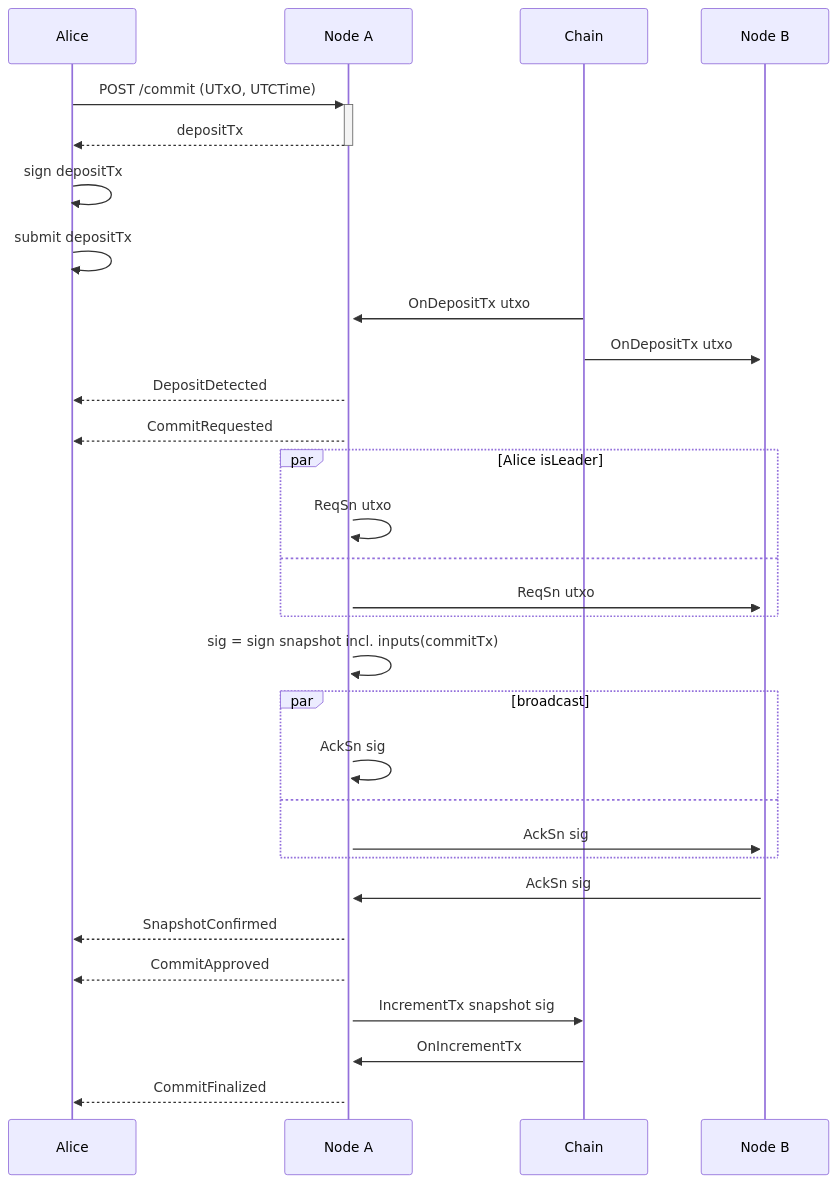
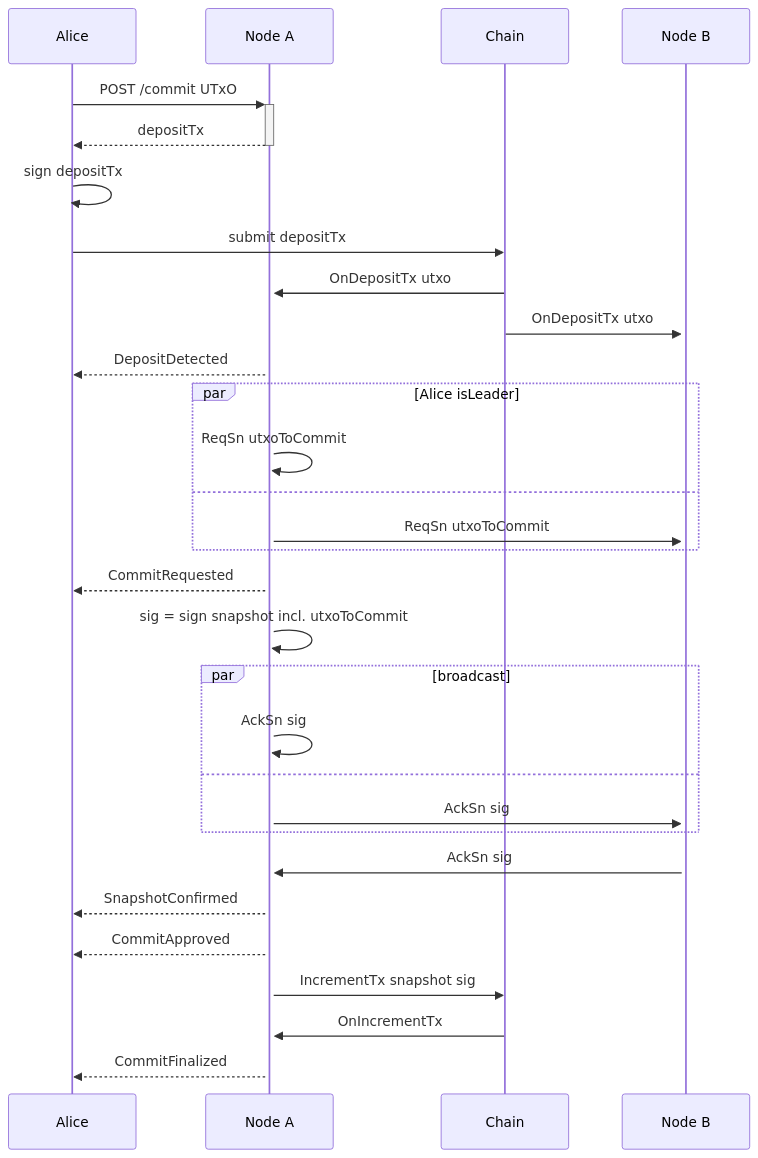
The first of 3 diagrams in docs/docs/dev/protocol.md (chrono-ranger742wc/hydra), drawn with Mermaid before and after one commit. The commit also changed other lines of this file, not shown here.

````diff
--- a/docs/docs/dev/protocol.md
+++ b/docs/docs/dev/protocol.md
@@ -9,37 +9,37 @@
 ```mermaid
 sequenceDiagram
-    Alice->>+Node A: POST /commit (UTxO, UTCTime)
+    Alice->>+Node A: POST /commit UTxO
     Node A-->>-Alice: depositTx
 
     Alice ->> Alice: sign depositTx
-    Alice ->> Alice: submit depositTx
+    Alice ->> Chain: submit depositTx
 
     Chain ->>+ Node A: OnDepositTx utxo
     Chain ->>+ Node B: OnDepositTx utxo
 
     Node A -->> Alice: DepositDetected
 
+    par Alice isLeader
+        Node A->>Node A: ReqSn utxoToCommit
+    and
+        Node A->>Node B: ReqSn utxoToCommit
+    end
+
     Node A -->> Alice: CommitRequested
 
-    par Alice isLeader
-        Node A->>Node A: ReqSn utxo
-    and
-        Node A->>Node B: ReqSn utxo
-    end
-
-    Node A->>Node A: sig = sign snapshot incl. inputs(commitTx)
+    Node A->>Node A: sig = sign snapshot incl. utxoToCommit
 
     par broadcast
         Node A->>Node A: AckSn sig
     and
         Node A->>Node B: AckSn sig
     end
     Node B->>Node A: AckSn sig
     Node A -->> Alice: SnapshotConfirmed
 
     Node A -->> Alice: CommitApproved
 
     Node A ->> Chain: IncrementTx snapshot sig
     Chain ->> Node A: OnIncrementTx
     Node A -->> Alice: CommitFinalized
 ```
````
